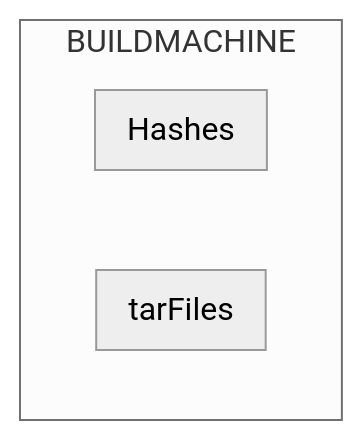
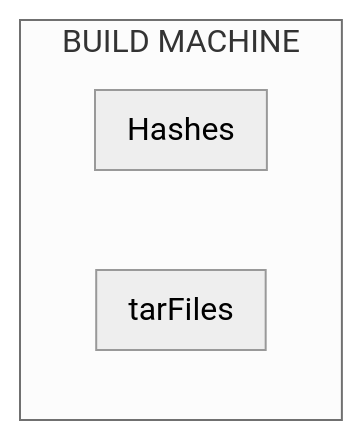
One commit to lopezji/test-repository changed the diagram in README.md. Above: the diagram before and after it, drawn with Mermaid (neutral theme).

````diff
--- a/README.md
+++ b/README.md
@@ -4,11 +4,11 @@
 ```mermaid
 %%{init: {"flowchart": {"htmlLabels": false}} }%%
 flowchart LR
-    subgraph "BUILDMACHINE"
+    subgraph "BUILD MACHINE"
         direction LR
         subgraph tarFiles
         end
         subgraph Hashes
         end
      end
 ```
````
